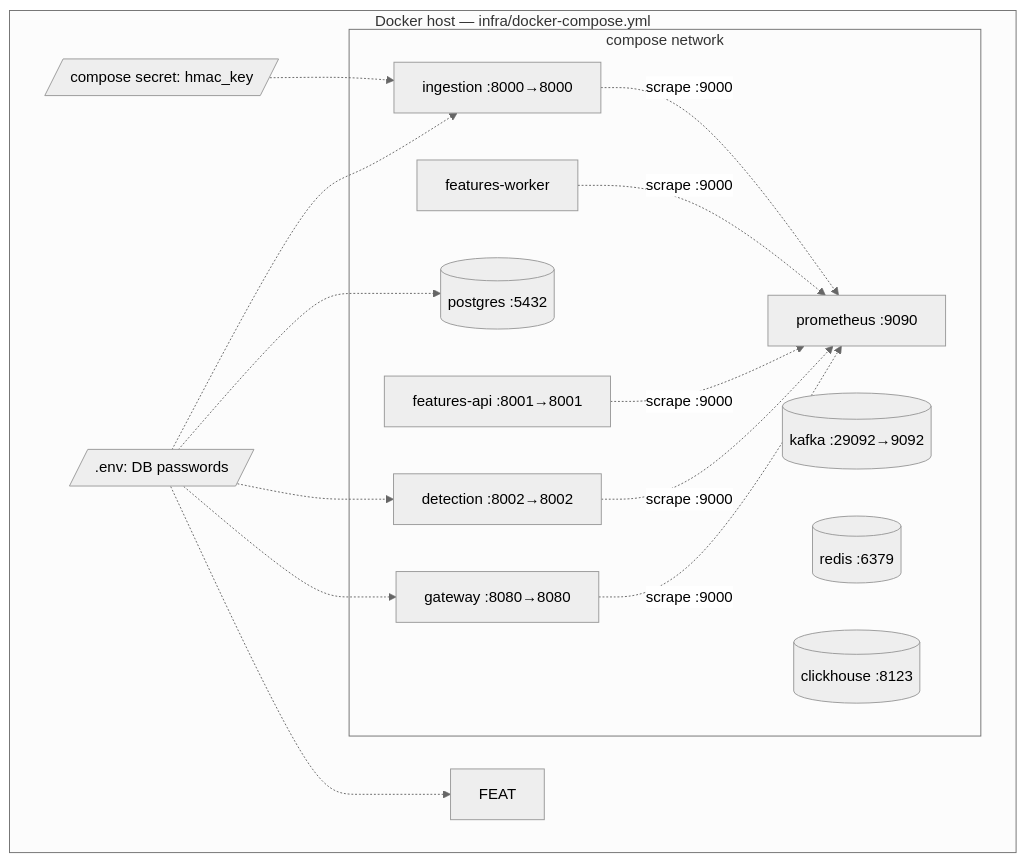
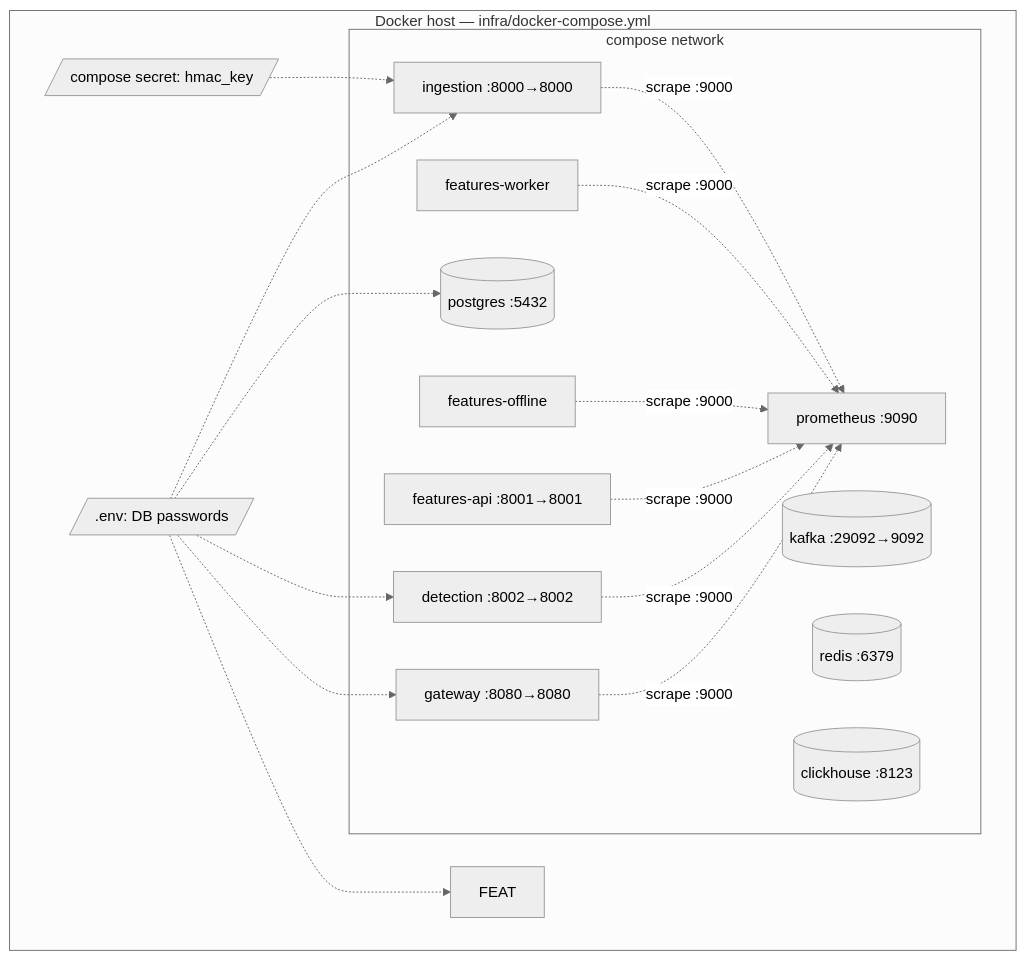
Before and after one commit to voiteshonok/FeatureStore: the second of 2 diagrams in docs/architecture.md, drawn with Mermaid (neutral theme). The commit also changed other lines of this file and 14 other files, not shown here.

````diff
--- a/docs/architecture.md
+++ b/docs/architecture.md
@@ -105,24 +108,26 @@
 ```mermaid
 flowchart TB
     subgraph host [Docker host — infra/docker-compose.yml]
         subgraph net [compose network]
             GW[gateway :8080→8080]
             ING[ingestion :8000→8000]
             FW[features-worker]
+            FO[features-offline]
             FA[features-api :8001→8001]
             DET[detection :8002→8002]
             PROM["prometheus :9090"]
             K[(kafka :29092→9092)]
             PG[(postgres :5432)]
             R[(redis :6379)]
             CH[(clickhouse :8123)]
         end
         SEC[/compose secret: hmac_key/] -.-> ING
         ENV[/.env: DB passwords/] -.-> PG & ING & FEAT & DET & GW
         ING -.->|"scrape :9000"| PROM
         FW -.->|"scrape :9000"| PROM
+        FO -.->|"scrape :9000"| PROM
         FA -.->|"scrape :9000"| PROM
         DET -.->|"scrape :9000"| PROM
         GW -.->|"scrape :9000"| PROM
     end
 ```
````
